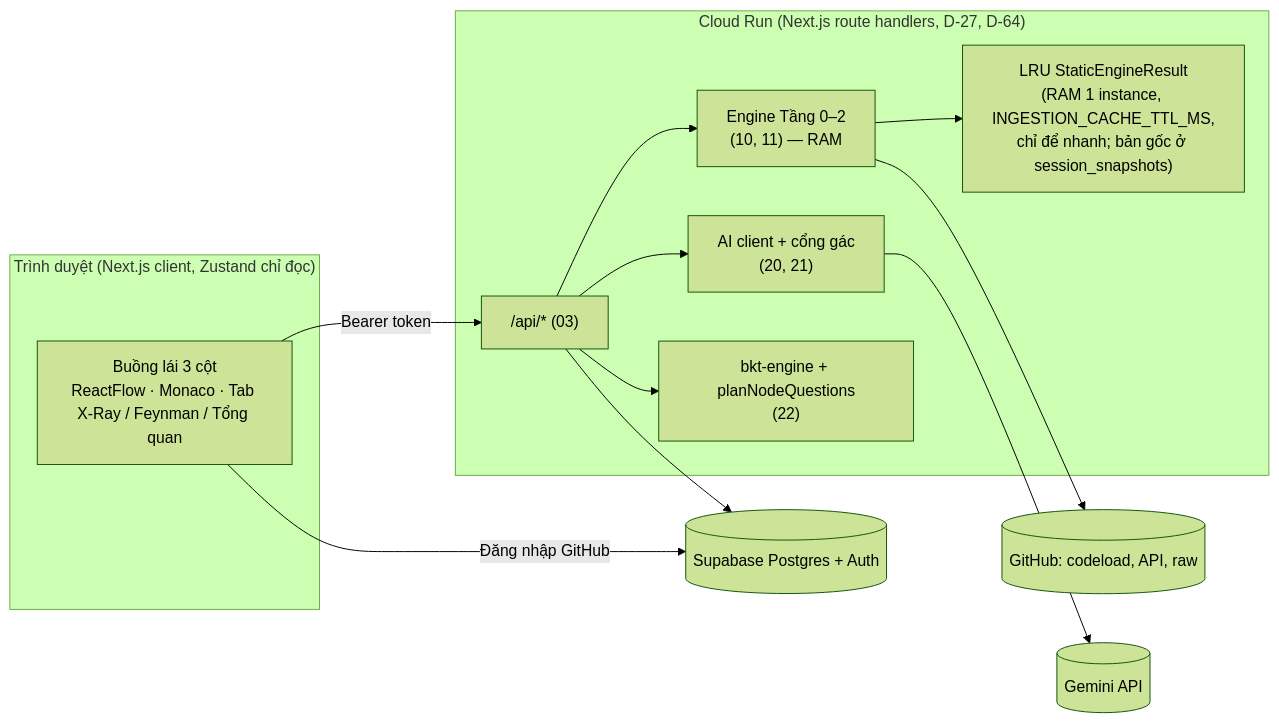
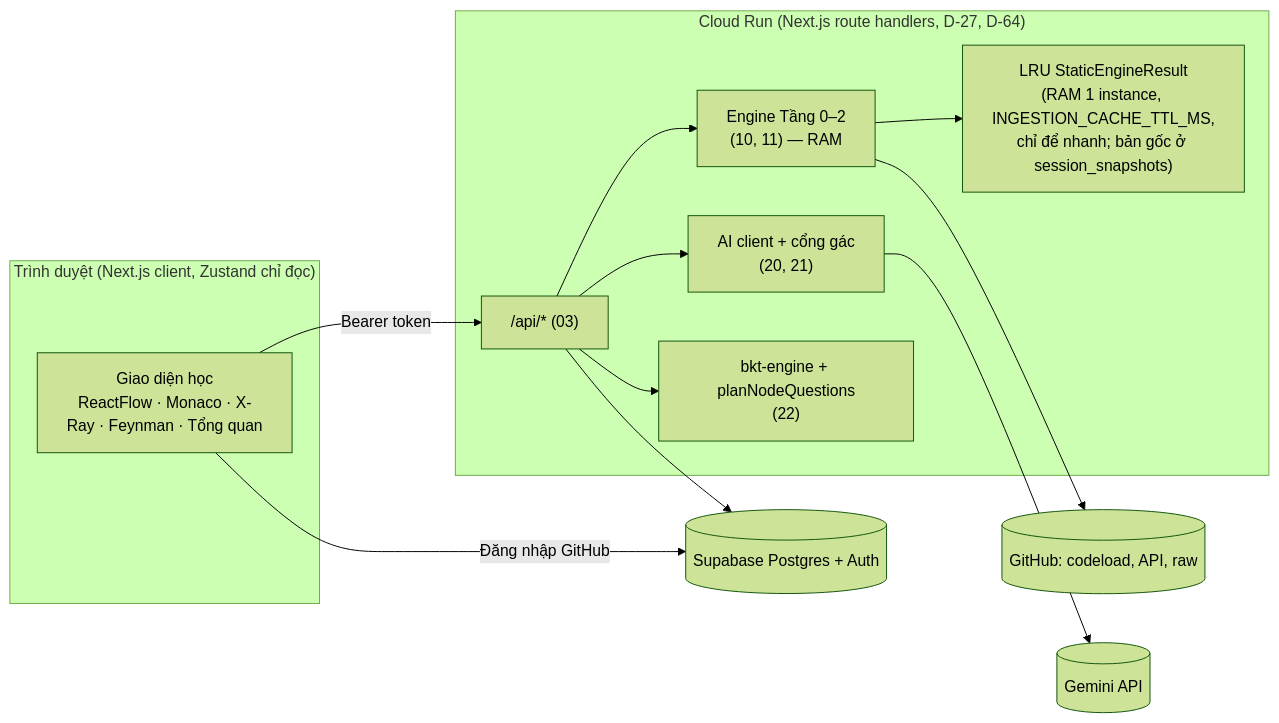
Before and after one commit to huynhthanhnhannnh-pixel/Hackathon_SGU: the first of 4 diagrams in spec/01_KIEN_TRUC_VA_LUONG.md, drawn with Mermaid (forest theme). The commit also changed other lines of this file and 16 other files, not shown here.

````diff
--- a/spec/01_KIEN_TRUC_VA_LUONG.md
+++ b/spec/01_KIEN_TRUC_VA_LUONG.md
@@ -41,23 +41,23 @@
 ```mermaid
 flowchart LR
     subgraph Browser["Trình duyệt (Next.js client, Zustand chỉ đọc)"]
-        UI["Buồng lái 3 cột<br/>ReactFlow · Monaco · Tab X-Ray / Feynman / Tổng quan"]
+        UI["Giao diện học<br/>ReactFlow · Monaco · X-Ray · Feynman · Tổng quan"]
     end
     subgraph Server["Cloud Run (Next.js route handlers, D-27, D-64)"]
         API["/api/* (03)"]
         ENG["Engine Tầng 0–2<br/>(10, 11) — RAM"]
         AI["AI client + cổng gác<br/>(20, 21)"]
         BKT["bkt-engine + planNodeQuestions<br/>(22)"]
         CACHE["LRU StaticEngineResult<br/>(RAM 1 instance, INGESTION_CACHE_TTL_MS,<br/>chỉ để nhanh; bản gốc ở session_snapshots)"]
     end
     GH[("GitHub: codeload, API, raw")]
     GEM[("Gemini API")]
     DB[("Supabase Postgres + Auth")]
     UI -- "Bearer token" --> API
     API --> ENG --> GH
     ENG --> CACHE
     API --> AI --> GEM
     API --> BKT
     API --> DB
     UI -- "Đăng nhập GitHub" --> DB
 ```
````
